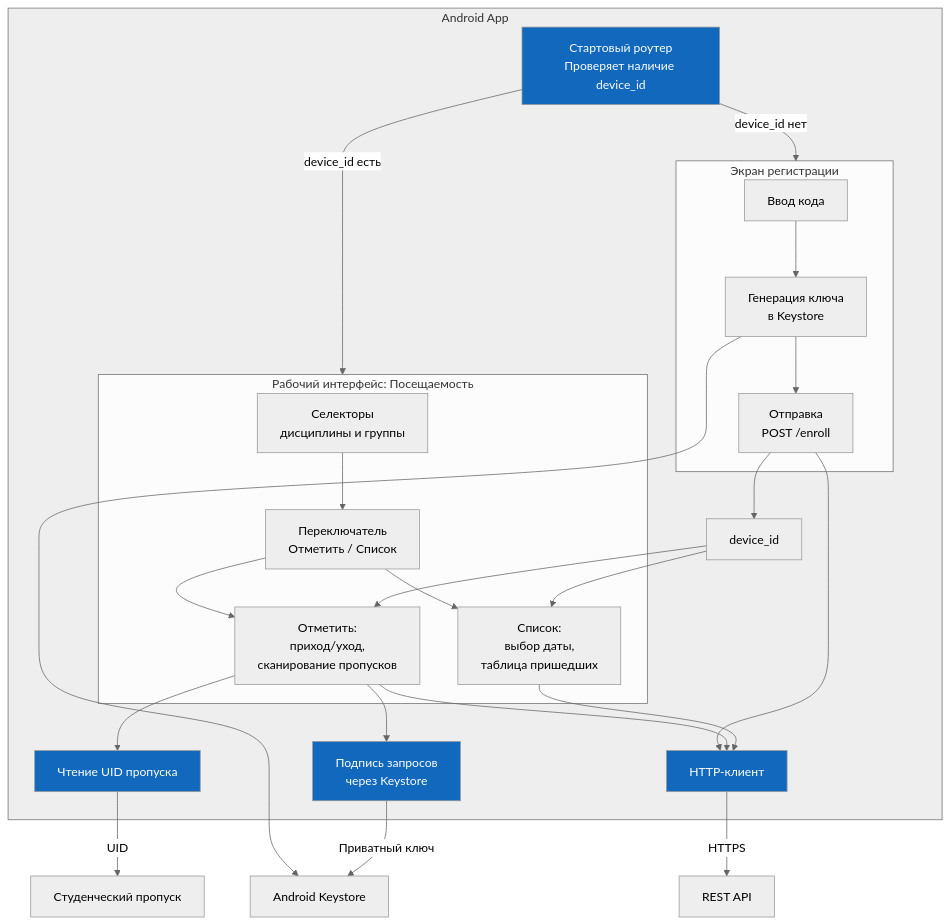
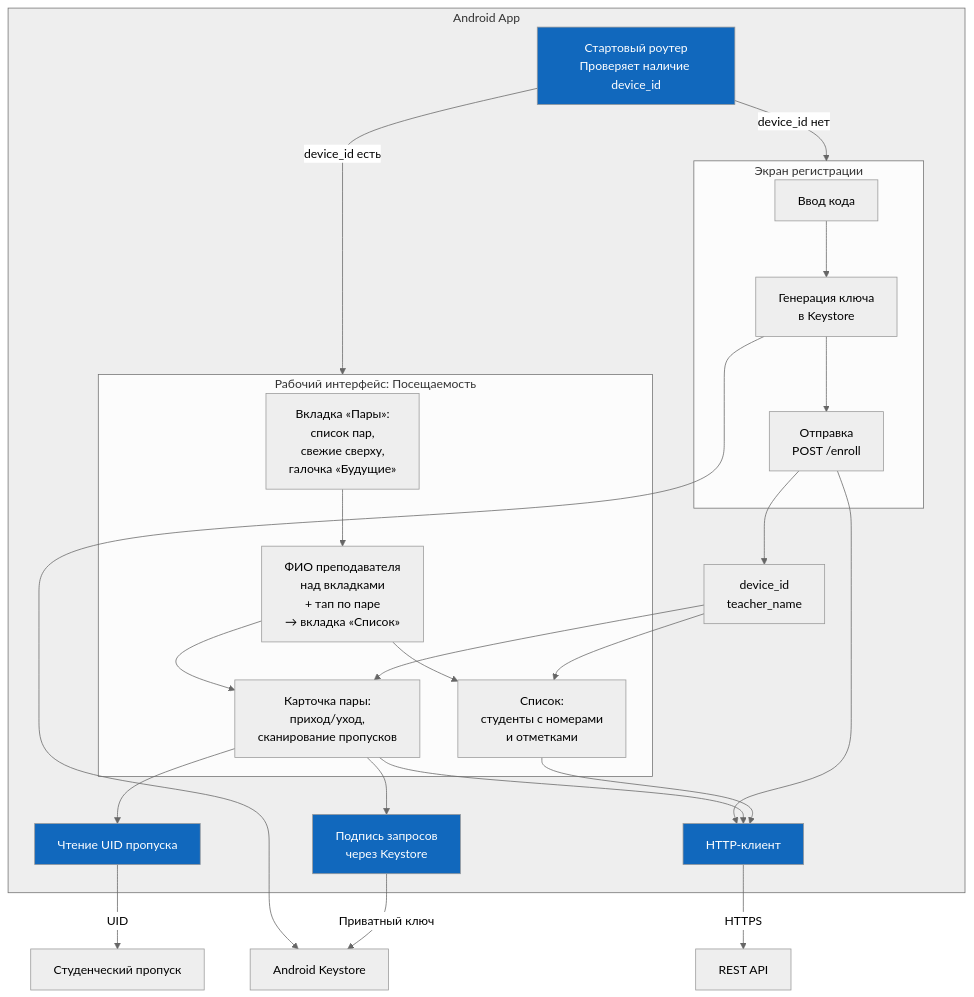
The third of 13 diagrams in docs/concept.md (SP4CEVI/iasu-2.0), drawn with Mermaid (neutral theme) before and after one commit. The commit also changed other lines of this file, not shown here.

````diff
--- a/docs/concept.md
+++ b/docs/concept.md
@@ -183,59 +185,59 @@
 ```mermaid
 graph TB
     subgraph App["Android App"]
         Router["Стартовый роутер<br/>Проверяет наличие device_id"]
 
         subgraph RegFlow["Экран регистрации"]
             RegInput["Ввод кода"]
             RegCrypto["Генерация ключа<br/>в Keystore"]
             RegSend["Отправка<br/>POST /enroll"]
         end
 
         subgraph WorkFlow["Рабочий интерфейс: Посещаемость"]
-            Selectors["Селекторы<br/>дисциплины и группы"]
-            ModeSwitch["Переключатель<br/>Отметить / Список"]
-            MarkPart["Отметить:<br/>приход/уход,<br/>сканирование пропусков"]
-            ListPart["Список:<br/>выбор даты,<br/>таблица пришедших"]
+            Selectors["Вкладка «Пары»:<br/>список пар,<br/>свежие сверху,<br/>галочка «Будущие»"]
+            ModeSwitch["ФИО преподавателя<br/>над вкладками<br/>+ тап по паре<br/>→ вкладка «Список»"]
+            MarkPart["Карточка пары:<br/>приход/уход,<br/>сканирование пропусков"]
+            ListPart["Список:<br/>студенты с номерами<br/>и отметками"]
         end
 
         NFCReader["Чтение UID пропуска"]
         Crypto["Подпись запросов<br/>через Keystore"]
         Api["HTTP-клиент"]
-        Prefs["device_id"]
+        Prefs["device_id<br/>teacher_name"]
     end
 
     Keystore["Android Keystore"]
     Card["Студенческий пропуск"]
     Server["REST API"]
 
     Router -->|"device_id есть"| WorkFlow
     Router -->|"device_id нет"| RegFlow
 
     RegInput --> RegCrypto
     RegCrypto --> Keystore
     RegCrypto --> RegSend
     RegSend --> Api
     RegSend --> Prefs
 
     Selectors --> ModeSwitch
     ModeSwitch --> MarkPart
     ModeSwitch --> ListPart
 
     MarkPart --> NFCReader
     MarkPart --> Crypto
     MarkPart --> Api
 
     ListPart --> Api
 
     NFCReader -->|"UID"| Card
     Crypto -->|"Приватный ключ"| Keystore
     Api -->|"HTTPS"| Server
     Prefs --> MarkPart
     Prefs --> ListPart
 
     style App fill:#eee
     style Router fill:#1168bd,color:#fff
     style NFCReader fill:#1168bd,color:#fff
     style Crypto fill:#1168bd,color:#fff
     style Api fill:#1168bd,color:#fff
 ```
````
